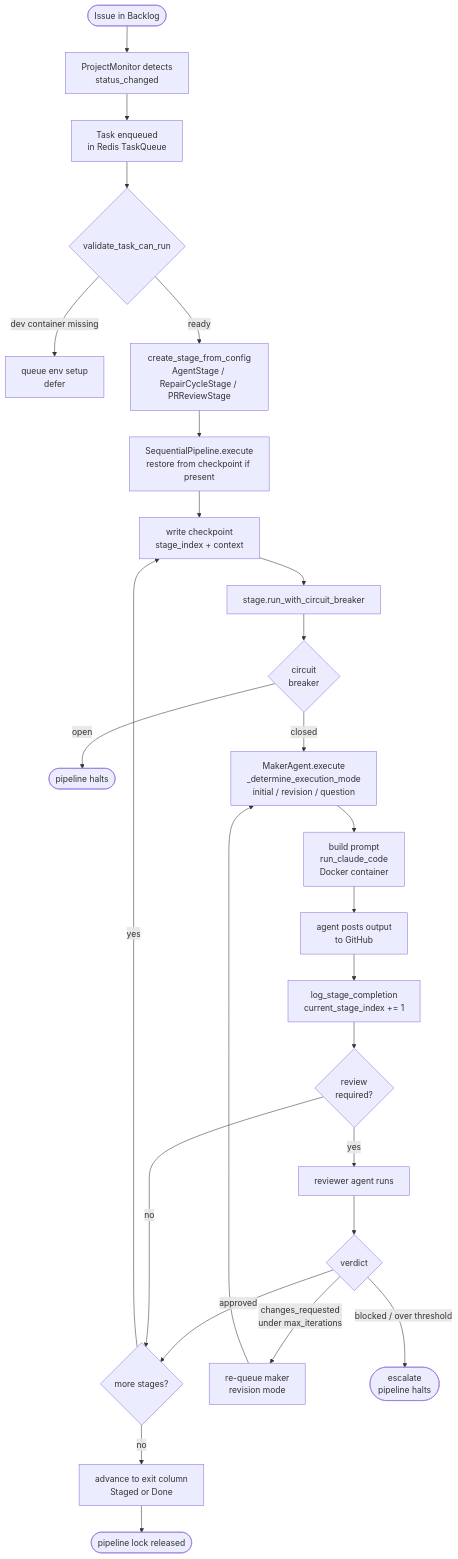
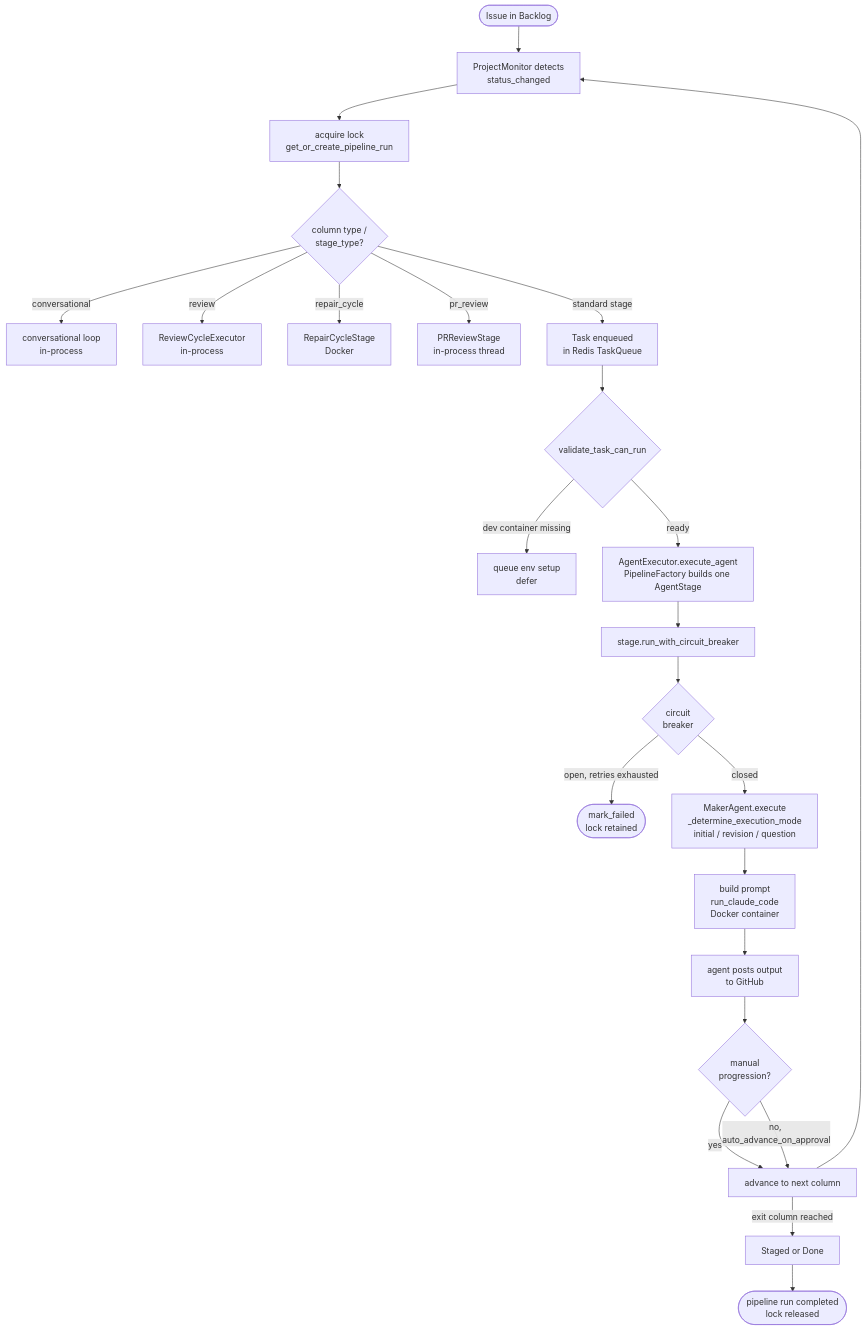
Before and after one commit to tinkermonkey/switchyard: the fourth of 5 diagrams in documentation/pipeline-architecture.md, drawn with Mermaid. The commit also changed other lines of this file and 45 other files, not shown here.

````diff
--- a/documentation/pipeline-architecture.md
+++ b/documentation/pipeline-architecture.md
@@ -376,28 +367,26 @@
 ```mermaid
 flowchart TD
     S0([Issue in Backlog]) --> S1
-    S1[ProjectMonitor detects<br>status_changed] --> S2
+    S1[ProjectMonitor detects<br>status_changed] --> S1B[acquire lock<br>get_or_create_pipeline_run]
+    S1B --> S1C{column type /<br>stage_type?}
+    S1C -->|conversational| S1D[conversational loop<br>in-process]
+    S1C -->|review| S1E[ReviewCycleExecutor<br>in-process]
+    S1C -->|repair_cycle| S1F[RepairCycleStage<br>Docker]
+    S1C -->|pr_review| S1G[PRReviewStage<br>in-process thread]
+    S1C -->|standard stage| S2
     S2[Task enqueued<br>in Redis TaskQueue] --> S3
     S3{validate_task_can_run} -->|dev container missing| S3A[queue env setup<br>defer]
     S3 -->|ready| S4
-    S4[create_stage_from_config<br>AgentStage / RepairCycleStage / PRReviewStage] --> S5
-    S5[SequentialPipeline.execute<br>restore from checkpoint if present] --> S6
-    S6[write checkpoint<br>stage_index + context] --> S7
+    S4[AgentExecutor.execute_agent<br>PipelineFactory builds one AgentStage] --> S7
     S7[stage.run_with_circuit_breaker] --> S8{circuit<br>breaker}
-    S8 -->|open| S9([pipeline halts])
+    S8 -->|open, retries exhausted| S9([mark_failed<br>lock retained])
     S8 -->|closed| S10
     S10[MakerAgent.execute<br>_determine_execution_mode<br>initial / revision / question] --> S11
     S11[build prompt<br>run_claude_code<br>Docker container] --> S12
-    S12[agent posts output<br>to GitHub] --> S13
-    S13[log_stage_completion<br>current_stage_index += 1] --> S14{review<br>required?}
-    S14 -->|yes| S15[reviewer agent runs]
-    S15 --> S16{verdict}
-    S16 -->|approved| S17
-    S16 -->|changes_requested<br>under max_iterations| S18[re-queue maker<br>revision mode]
-    S18 --> S10
-    S16 -->|blocked / over threshold| S19([escalate<br>pipeline halts])
-    S14 -->|no| S17
-    S17{more stages?} -->|yes| S6
-    S17 -->|no| S20
-    S20[advance to exit column<br>Staged or Done] --> S21([pipeline lock released])
+    S12[agent posts output<br>to GitHub] --> S14{manual<br>progression?}
+    S14 -->|yes| S17
+    S14 -->|no, auto_advance_on_approval| S17
+    S17[advance to next column] --> S1
+    S17 -->|exit column reached| S20
+    S20[Staged or Done] --> S21([pipeline run completed<br>lock released])
 ```
````
